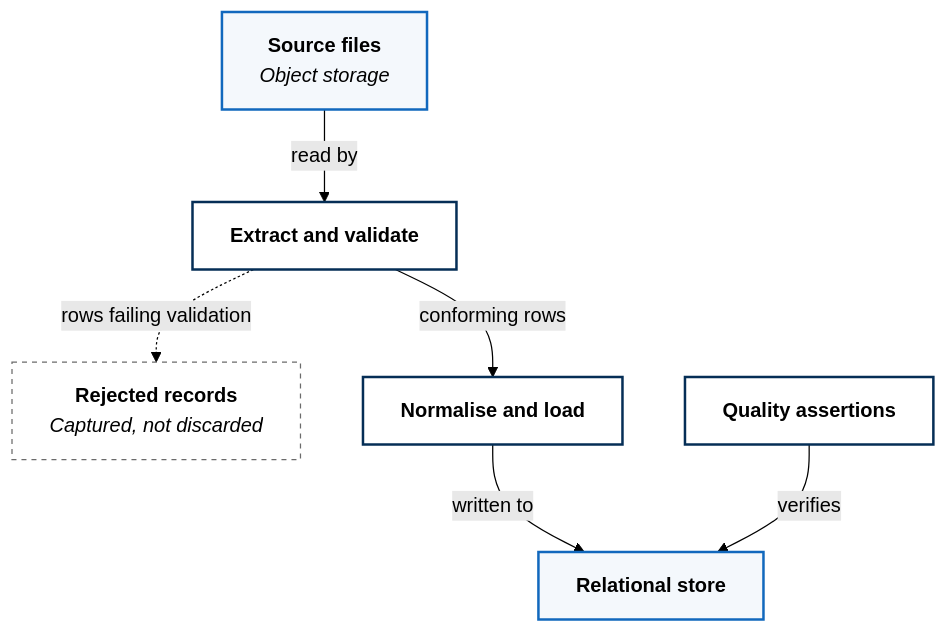
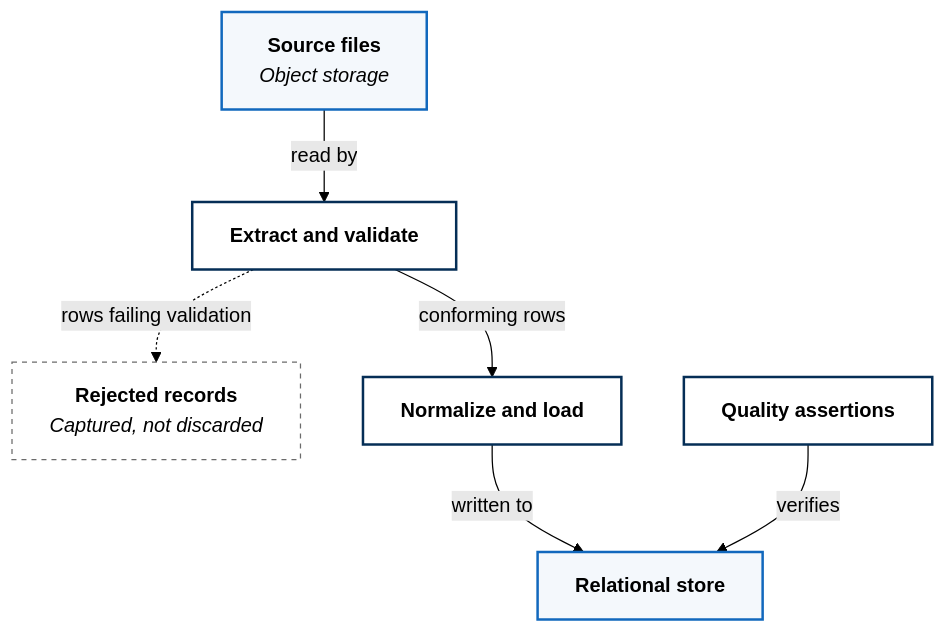
Before and after one commit to zavestudios/zavestudios: the second of 2 diagrams in docs/architecture/tenant-workloads/batch-ingestion-pipeline.md, drawn with Mermaid (forest theme). The commit also changed other lines of this file and 4 other files, not shown here.

````diff
--- a/docs/architecture/tenant-workloads/batch-ingestion-pipeline.md
+++ b/docs/architecture/tenant-workloads/batch-ingestion-pipeline.md
@@ -62,22 +62,22 @@
 ```mermaid
 flowchart TB
   src["<b>Source files</b><br/><i>Object storage</i>"]
   ev["<b>Extract and validate</b>"]
   rej["<b>Rejected records</b><br/><i>Captured, not discarded</i>"]
-  ld["<b>Normalise and load</b>"]
+  ld["<b>Normalize and load</b>"]
   tgt["<b>Relational store</b>"]
   dq["<b>Quality assertions</b>"]
 
   src -- "read by" --> ev
   ev -. "rows failing validation" .-> rej
   ev -- "conforming rows" --> ld
   ld -- "written to" --> tgt
   dq -- "verifies" --> tgt
 
   classDef store fill:#f4f8fc,stroke:#1168bd,stroke-width:2px,color:#000000
   classDef stage fill:#ffffff,stroke:#052e56,stroke-width:2px,color:#000000
   classDef side  fill:#ffffff,stroke:#6b6b6b,stroke-width:1px,color:#000000,stroke-dasharray: 4 4
   class src,tgt store
   class ev,ld,dq stage
   class rej side
 ```
````
